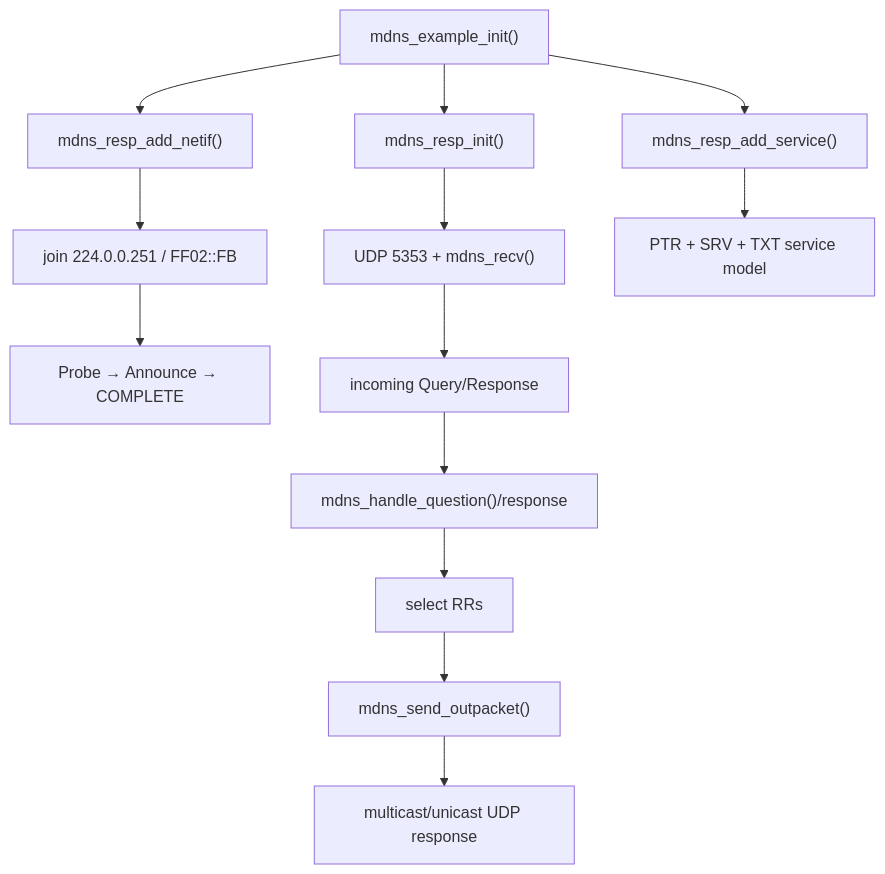
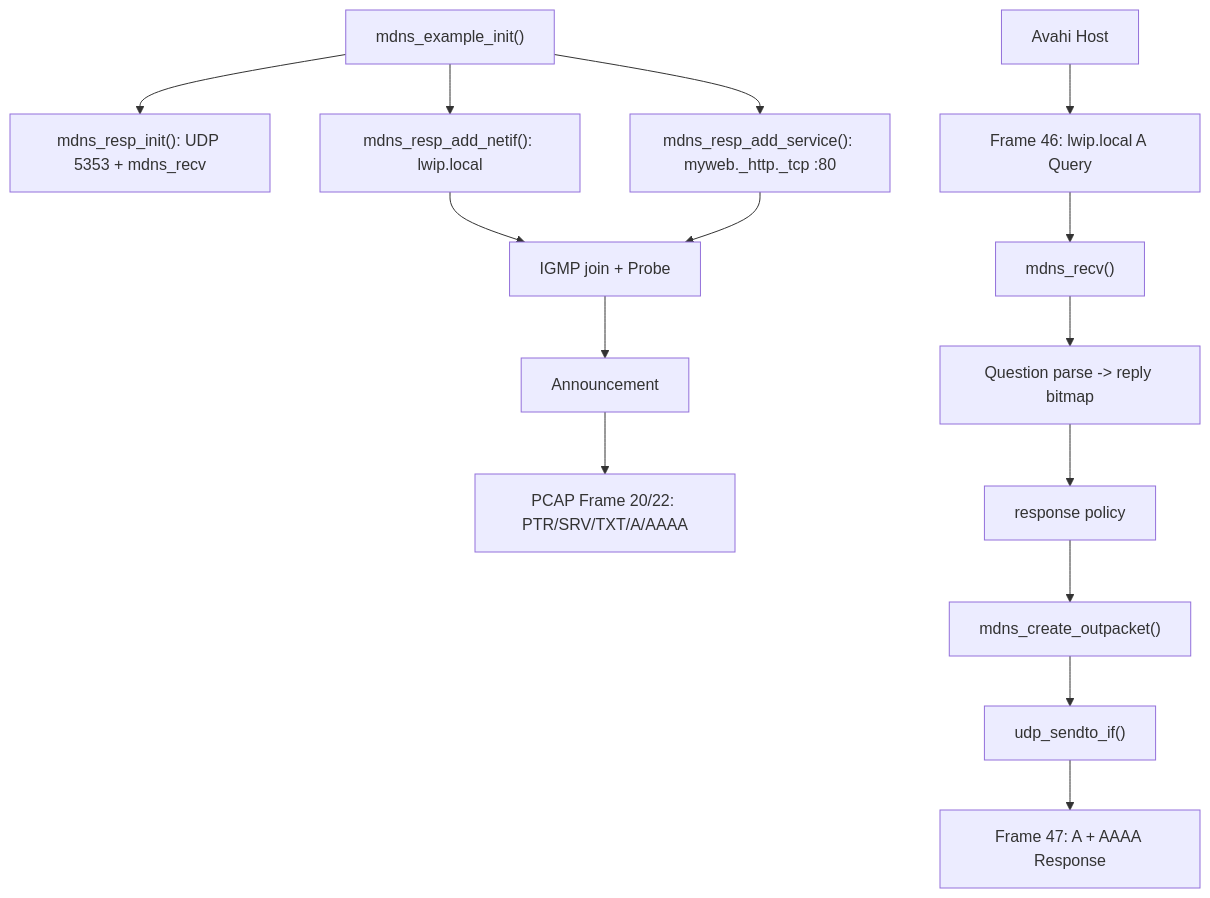
One commit to wdfk-prog/lwIP-Source-Lab changed the sixth of 6 diagrams in docs/24-mdns-dns-sd.md. Above: the diagram before and after it, drawn with Mermaid. The commit also changed other lines of this file and 49 other files, not shown here.

````diff
--- a/docs/24-mdns-dns-sd.md
+++ b/docs/24-mdns-dns-sd.md
@@ -614,15 +1053,17 @@
 ```mermaid
 flowchart TD
-    A["mdns_example_init()"] --> B["mdns_resp_init()"]
-    B --> C["UDP 5353 + mdns_recv()"]
-    A --> D["mdns_resp_add_netif()"]
-    D --> E["join 224.0.0.251 / FF02::FB"]
-    E --> F["Probe → Announce → COMPLETE"]
-    A --> G["mdns_resp_add_service()"]
-    G --> H["PTR + SRV + TXT service model"]
-    C --> I["incoming Query/Response"]
-    I --> J["mdns_handle_question()/response"]
-    J --> K["select RRs"]
-    K --> L["mdns_send_outpacket()"]
-    L --> M["multicast/unicast UDP response"]
+    A["mdns_example_init()"] --> B["mdns_resp_init(): UDP 5353 + mdns_recv"]
+    A --> C["mdns_resp_add_netif(): lwip.local"]
+    A --> D["mdns_resp_add_service(): myweb._http._tcp :80"]
+    C --> E["IGMP join + Probe"]
+    D --> E
+    E --> F["Announcement"]
+    F --> G["PCAP Frame 20/22: PTR/SRV/TXT/A/AAAA"]
+    H["Avahi Host"] --> I["Frame 46: lwip.local A Query"]
+    I --> J["mdns_recv()"]
+    J --> K["Question parse -> reply bitmap"]
+    K --> L["response policy"]
+    L --> M["mdns_create_outpacket()"]
+    M --> N["udp_sendto_if()"]
+    N --> O["Frame 47: A + AAAA Response"]
 ```
````
